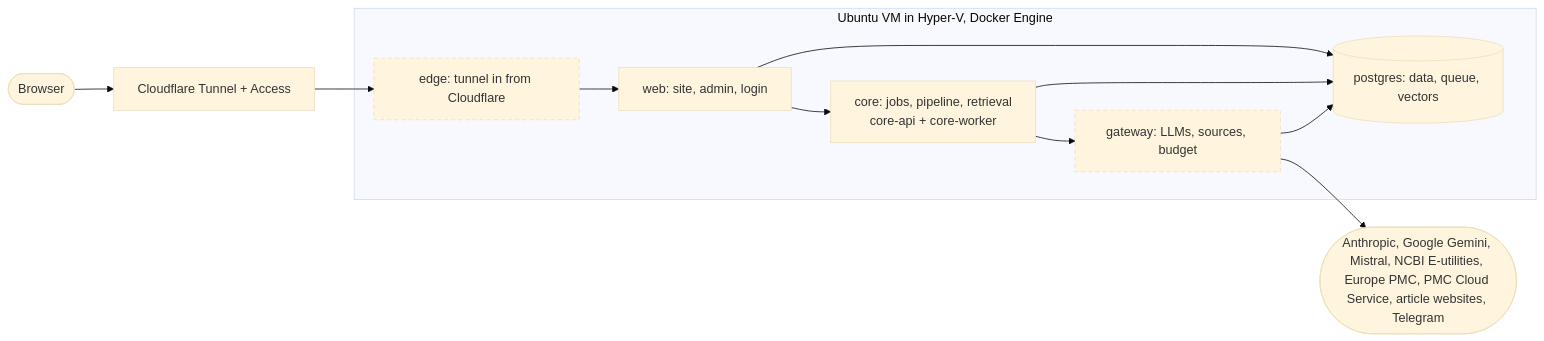
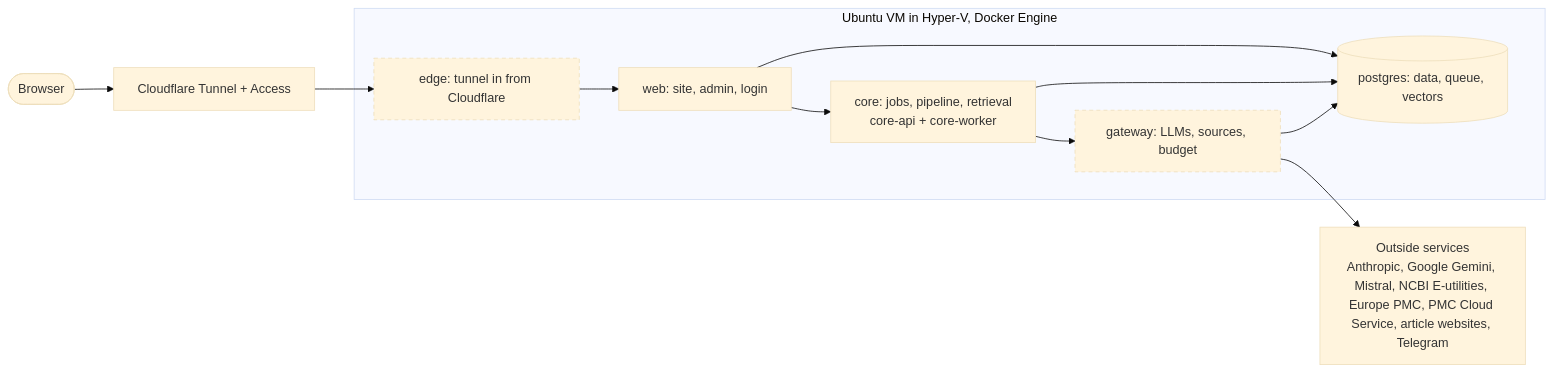
One commit to cg-rt/suppclaimcheck changed the diagram in README.md. Above: the diagram before and after it, drawn with Mermaid (base theme). The commit also changed 2 other files, not shown here.

Commit message:
fix(tools): draw outside services as a labelled box in the README diagram
The rounded node grew into a large bubble around the long list of services.

````diff
--- a/README.md
+++ b/README.md
@@ -22,21 +22,21 @@
 ```mermaid
 flowchart LR
   client(["Browser"]) --> entry["Cloudflare Tunnel + Access"]
   subgraph host ["Ubuntu VM in Hyper-V, Docker Engine"]
     m_edge["edge: tunnel in from Cloudflare"]
     m_web["web: site, admin, login"]
     m_core["core: jobs, pipeline, retrieval<br/>core-api + core-worker"]
     m_gateway["gateway: LLMs, sources, budget"]
     m_postgres[("postgres: data, queue, vectors")]
   end
   entry --> m_edge
   m_edge --> m_web
   m_web --> m_core
   m_web --> m_postgres
   m_core --> m_postgres
   m_core --> m_gateway
   m_gateway --> m_postgres
-  m_gateway --> x_gateway(["Anthropic, Google Gemini, Mistral, NCBI E-utilities, Europe PMC, PMC Cloud Service, article websites, Telegram"])
+  m_gateway --> x_gateway["Outside services<br/>Anthropic, Google Gemini, Mistral, NCBI E-utilities, Europe PMC, PMC Cloud Service, article websites, Telegram"]
   classDef egress stroke-dasharray: 5 4
   class m_edge,m_gateway egress
 ```
````
